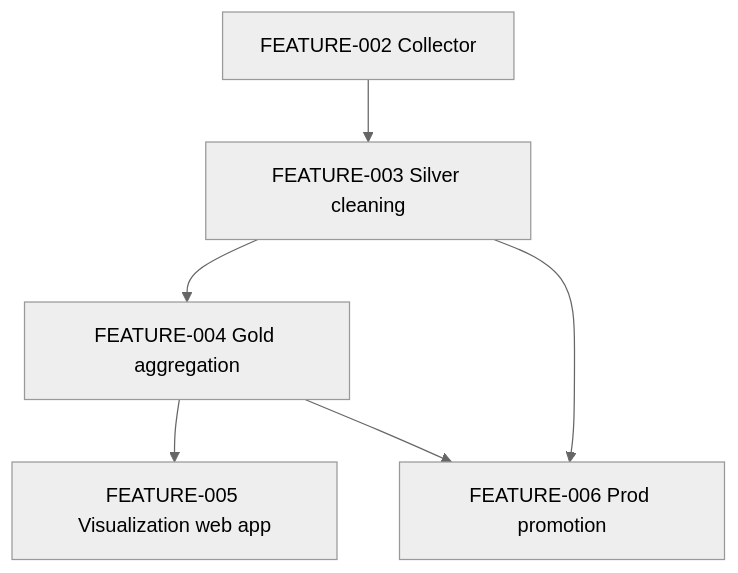
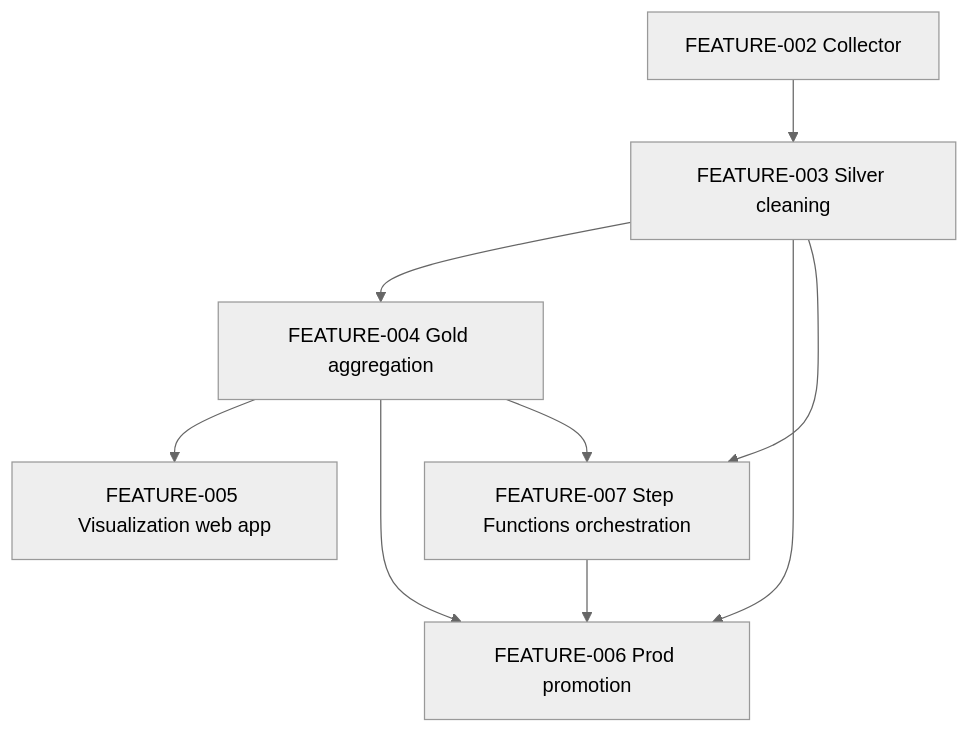
Before and after one commit to LeopoldWalther/vlc-real-estate-analytics: the diagram in dev/plans/README.md, drawn with Mermaid (neutral theme). The commit also changed other lines of this file and 2 other files, not shown here.

Commit message:
docs(plans): add feature-007 step functions orchestration
FEATURE-007 (step-functions-orchestration) — new plan:
- replaces 3 independent EventBridge crons (bronze/silver/gold) with a
  single Step Functions Standard state machine (bronze -> silver -> gold)
- retry (2x exponential backoff) + catch -> single SNS alert per run
- one weekly EventBridge Scheduler trigger instead of three
- explicitly reverses the 'no Step Functions' cost decision from FEATURE-003/004:
  3 dependent stages now; cost ~$0.02/month (negligible)
- phase 1: ASL definition + terraform module pipeline_orchestrator
- phase 2: IAM, schedule migration, remove per-lambda EventBridge rules
- phase 3: wire dev + docs; prod wiring deferred to FEATURE-006
- gold task state gated on FEATURE-004 completion

FEATURE-006 (prod-promotion-silver-gold):
- added coordination note: if FEATURE-007 lands first, promote the
  state machine into prod rather than the independent Lambda crons
- new open question: sequence 007 -> 006 (recommended)

README:
- new FEATURE-007 row (12-16h, Medium priority)
- updated mermaid graph: F003+F004 -> F007 -> F006

````diff
--- a/dev/plans/README.md
+++ b/dev/plans/README.md
@@ -21,8 +22,11 @@
 ```mermaid
 graph TD
     F002[FEATURE-002 Collector] --> F003[FEATURE-003 Silver cleaning]
     F003 --> F004[FEATURE-004 Gold aggregation]
     F004 --> F005[FEATURE-005 Visualization web app]
     F003 --> F006[FEATURE-006 Prod promotion]
     F004 --> F006
+    F003 --> F007[FEATURE-007 Step Functions orchestration]
+    F004 --> F007
+    F007 --> F006
 ```
````
